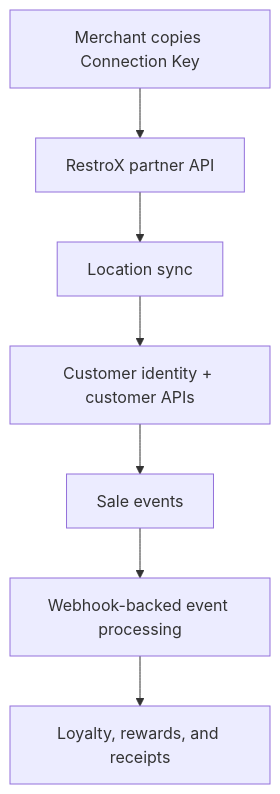
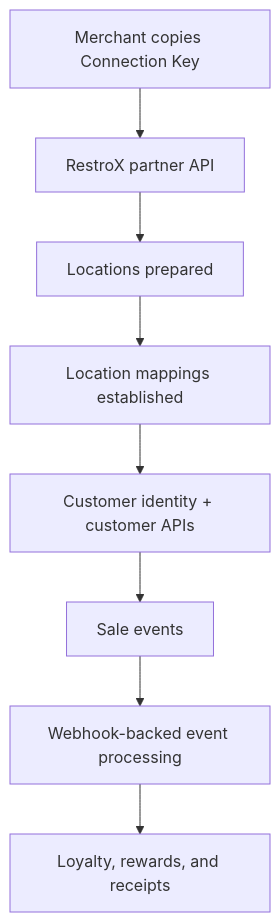
Before and after one commit to krischal07/docs: the diagram in integrations/restrox/native/overview.mdx, drawn with Mermaid. The commit also changed 35 other files, not shown here.

````diff
--- a/integrations/restrox/native/overview.mdx
+++ b/integrations/restrox/native/overview.mdx
@@ -30,9 +30,10 @@
 ```mermaid
 flowchart TD
   A["Merchant copies Connection Key"] --> B["RestroX partner API"]
-  B --> C["Location sync"]
-  C --> D["Customer identity + customer APIs"]
-  D --> E["Sale events"]
-  E --> F["Webhook-backed event processing"]
-  F --> G["Loyalty, rewards, and receipts"]
+  B --> C["Locations prepared"]
+  C --> D["Location mappings established"]
+  D --> E["Customer identity + customer APIs"]
+  E --> F["Sale events"]
+  F --> G["Webhook-backed event processing"]
+  G --> H["Loyalty, rewards, and receipts"]
 ```
````
